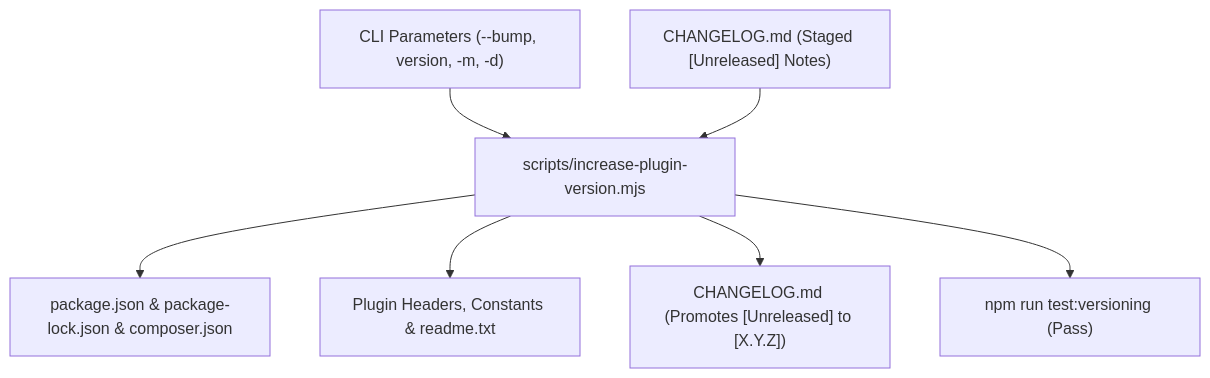
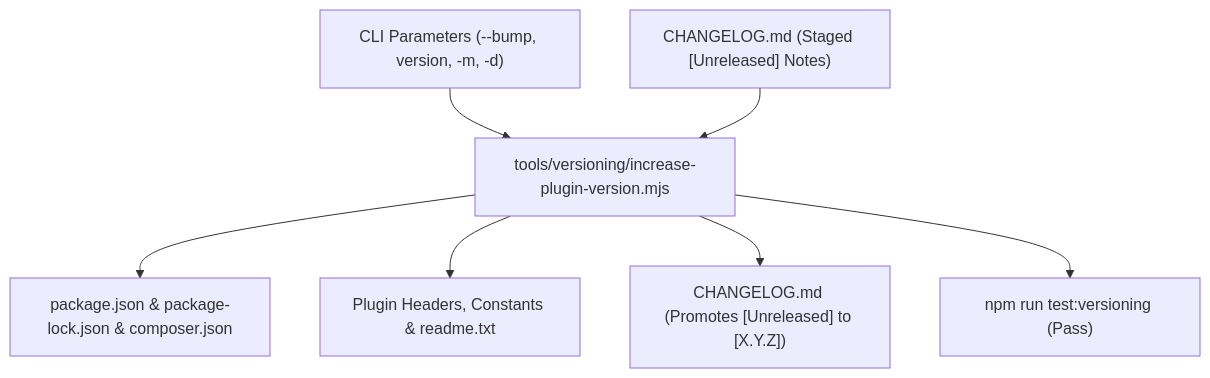
The diagram in docs/boilerplate-development/versioning-and-releases.md (blackandcode/ai-ready-wp-plugin-boilerplate), drawn with Mermaid before and after one commit. The commit also changed other lines of this file and 265 other files, not shown here.

````diff
--- a/docs/boilerplate-development/versioning-and-releases.md
+++ b/docs/boilerplate-development/versioning-and-releases.md
@@ -15,9 +15,9 @@
 ```mermaid
 flowchart TD
-    CLI["CLI Parameters (--bump, version, -m, -d)"] --> Script["scripts/increase-plugin-version.mjs"]
+    CLI["CLI Parameters (--bump, version, -m, -d)"] --> Script["tools/versioning/increase-plugin-version.mjs"]
     UnreleasedNotes["CHANGELOG.md (Staged [Unreleased] Notes)"] --> Script
     Script --> Manifests["package.json & package-lock.json & composer.json"]
     Script --> PHPFiles["Plugin Headers, Constants & readme.txt"]
     Script --> Changelog["CHANGELOG.md (Promotes [Unreleased] to [X.Y.Z])"]
     Script --> TestSuite["npm run test:versioning (Pass)"]
 ```
````
